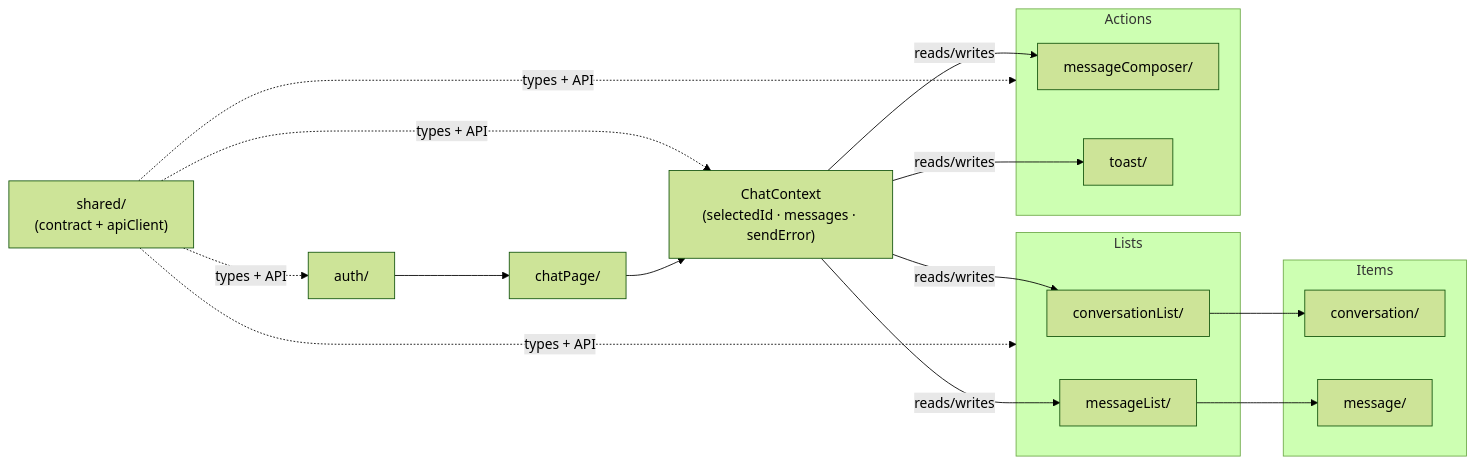
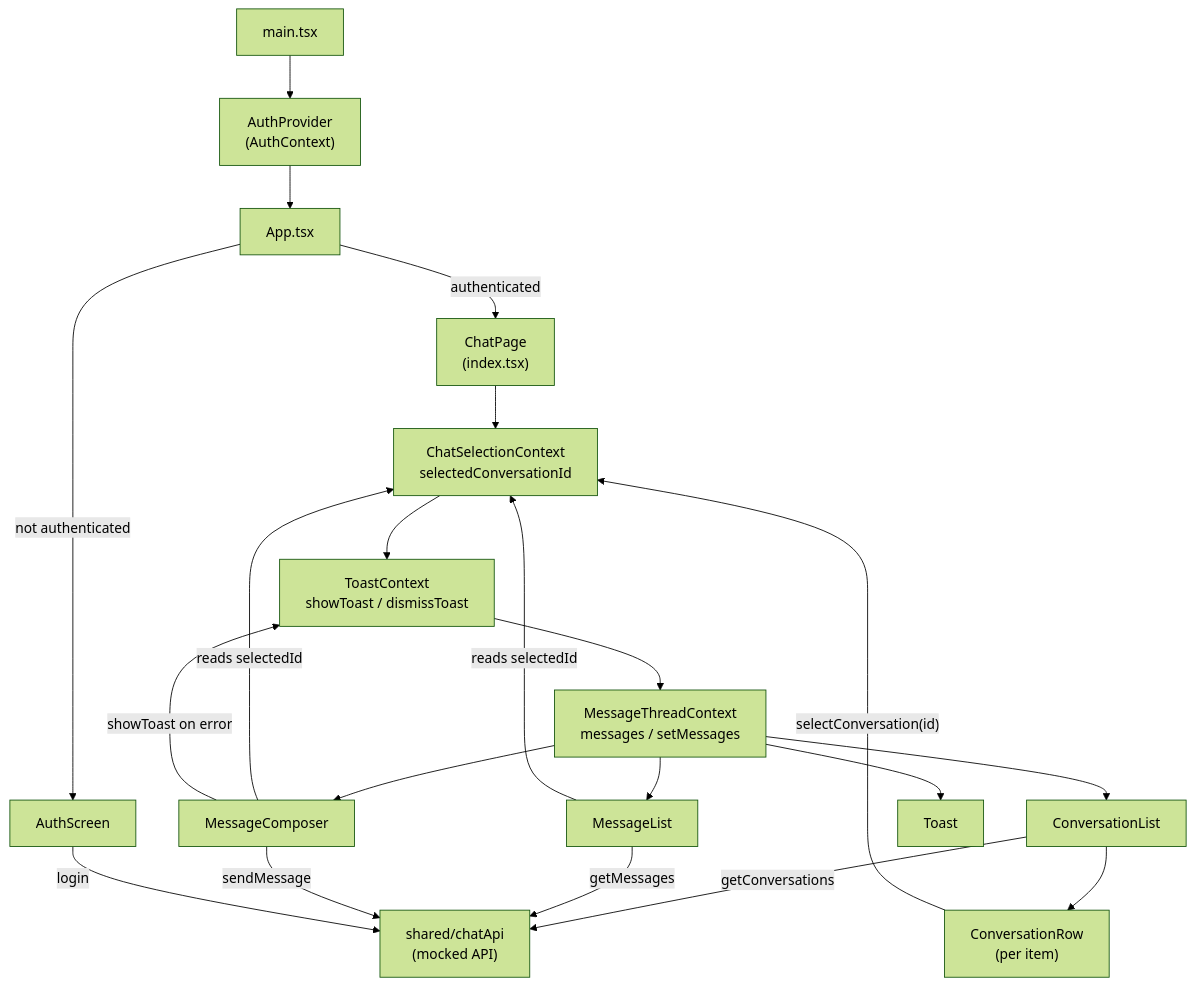
One commit to michael-nagen/chat-mvp changed the diagram in README.md. Above: the diagram before and after it, drawn with Mermaid (forest theme). The commit also changed other lines of this file, not shown here.

First line of the commit message:
docs: rewrite README with full application flow and updated architecture

````diff
--- a/README.md
+++ b/README.md
@@ -25,38 +124,46 @@
 ```mermaid
-flowchart LR
-    shared["shared/\n(contract + apiClient)"]
-    auth["auth/"]
-    chatContext["ChatContext\n(selectedId · messages · sendError)"]
-    chatPage["chatPage/"]
+flowchart TD
+    main["main.tsx"]
+    app["App.tsx"]
+    authProvider["AuthProvider\n(AuthContext)"]
+    authScreen["AuthScreen"]
+    chatPage["ChatPage\n(index.tsx)"]
 
-    subgraph Lists["Lists"]
-        conversationList["conversationList/"]
-        messageList["messageList/"]
-    end
+    chatSelectionCtx["ChatSelectionContext\nselectedConversationId"]
+    toastCtx["ToastContext\nshowToast / dismissToast"]
+    messageThreadCtx["MessageThreadContext\nmessages / setMessages"]
 
-    subgraph Items["Items"]
-        conversation["conversation/"]
-        message["message/"]
-    end
+    convList["ConversationList"]
+    convRow["ConversationRow\n(per item)"]
+    msgList["MessageList"]
+    msgComposer["MessageComposer"]
+    toast["Toast"]
 
-    subgraph Actions["Actions"]
-        messageComposer["messageComposer/"]
-        toast["toast/"]
-    end
+    api["shared/chatApi\n(mocked API)"]
 
-    shared -. "types + API" .-> auth
-    shared -. "types + API" .-> chatContext
-    shared -. "types + API" .-> Lists
-    shared -. "types + API" .-> Actions
+    main --> authProvider
+    authProvider --> app
+    app -- "not authenticated" --> authScreen
+    app -- "authenticated" --> chatPage
 
-    auth --> chatPage
-    chatPage --> chatContext
+    chatPage --> chatSelectionCtx
+    chatSelectionCtx --> toastCtx
+    toastCtx --> messageThreadCtx
 
-    chatContext -- "reads/writes" --> conversationList
-    chatContext -- "reads/writes" --> messageList
-    chatContext -- "reads/writes" --> messageComposer
-    chatContext -- "reads/writes" --> toast
+    messageThreadCtx --> convList
+    messageThreadCtx --> msgList
+    messageThreadCtx --> msgComposer
+    messageThreadCtx --> toast
 
-    conversationList --> conversation
-    messageList --> message
+    convList --> convRow
+    convRow -- "selectConversation(id)" --> chatSelectionCtx
+
+    msgList -- "reads selectedId" --> chatSelectionCtx
+    msgComposer -- "reads selectedId" --> chatSelectionCtx
+    msgComposer -- "showToast on error" --> toastCtx
+
+    convList -- "getConversations" --> api
+    msgList -- "getMessages" --> api
+    msgComposer -- "sendMessage" --> api
+    authScreen -- "login" --> api
 ```
````
